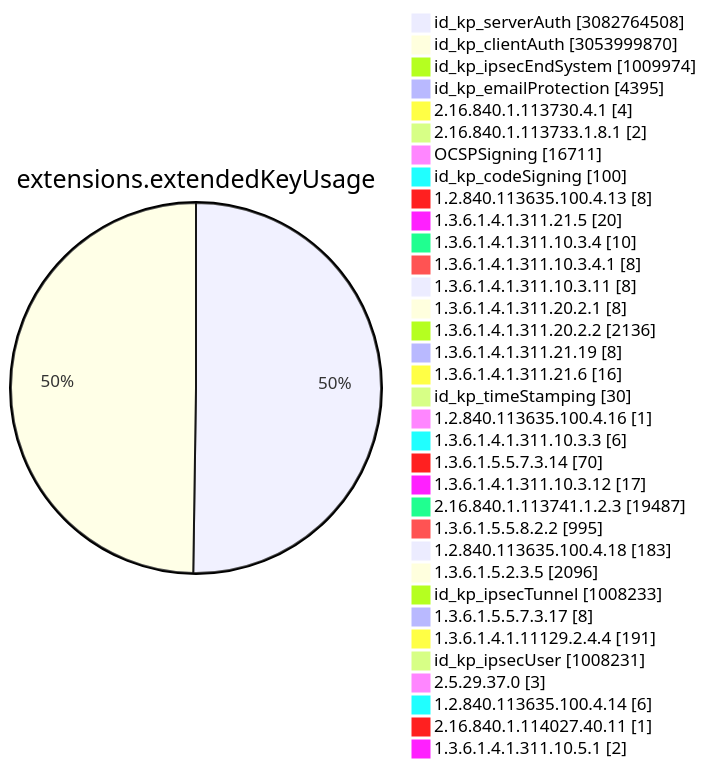
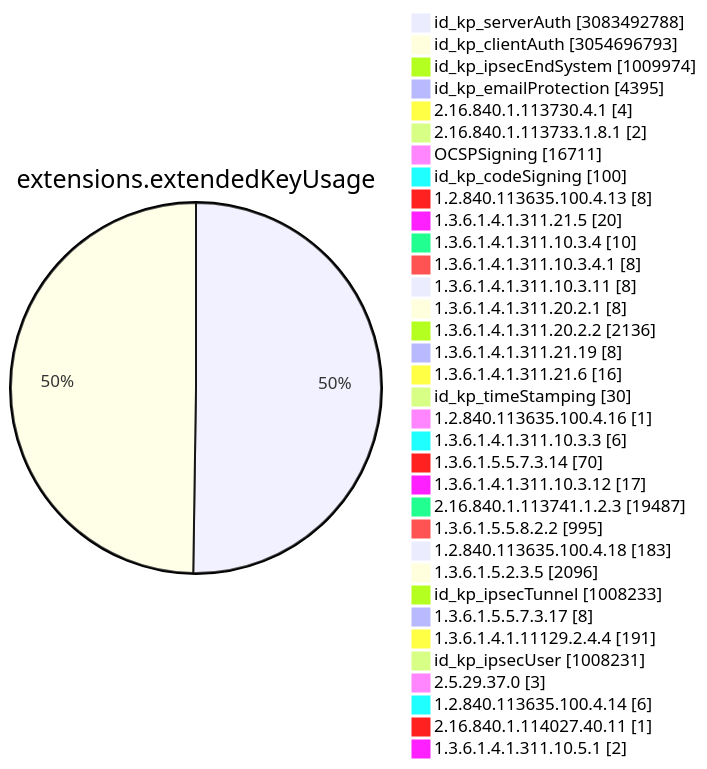
One commit to christiankrug/ctmonitor_visualization changed diagram 11 of 15 in TOTAL/README.md. Above: the diagram before and after it, drawn with Mermaid. The commit also changed other lines of this file, not shown here.

````diff
--- a/TOTAL/README.md
+++ b/TOTAL/README.md
@@ -4119,38 +4119,38 @@
 ```mermaid
 pie showData
 title extensions.extendedKeyUsage
-"id_kp_serverAuth" :3082764508
-"id_kp_clientAuth" :3053999870
+"id_kp_serverAuth" :3083492788
+"id_kp_clientAuth" :3054696793
 "id_kp_ipsecEndSystem" :1009974
 "id_kp_emailProtection" :4395
 "2.16.840.1.113730.4.1" :4
 "2.16.840.1.113733.1.8.1" :2
 "OCSPSigning" :16711
 "id_kp_codeSigning" :100
 "1.2.840.113635.100.4.13" :8
 "1.3.6.1.4.1.311.21.5" :20
 "1.3.6.1.4.1.311.10.3.4" :10
 "1.3.6.1.4.1.311.10.3.4.1" :8
 "1.3.6.1.4.1.311.10.3.11" :8
 "1.3.6.1.4.1.311.20.2.1" :8
 "1.3.6.1.4.1.311.20.2.2" :2136
 "1.3.6.1.4.1.311.21.19" :8
 "1.3.6.1.4.1.311.21.6" :16
 "id_kp_timeStamping" :30
 "1.2.840.113635.100.4.16" :1
 "1.3.6.1.4.1.311.10.3.3" :6
 "1.3.6.1.5.5.7.3.14" :70
 "1.3.6.1.4.1.311.10.3.12" :17
 "2.16.840.1.113741.1.2.3" :19487
 "1.3.6.1.5.5.8.2.2" :995
 "1.2.840.113635.100.4.18" :183
 "1.3.6.1.5.2.3.5" :2096
 "id_kp_ipsecTunnel" :1008233
 "1.3.6.1.5.5.7.3.17" :8
 "1.3.6.1.4.1.11129.2.4.4" :191
 "id_kp_ipsecUser" :1008231
 "2.5.29.37.0" :3
 "1.2.840.113635.100.4.14" :6
 "2.16.840.1.114027.40.11" :1
 "1.3.6.1.4.1.311.10.5.1" :2
 ```
````
